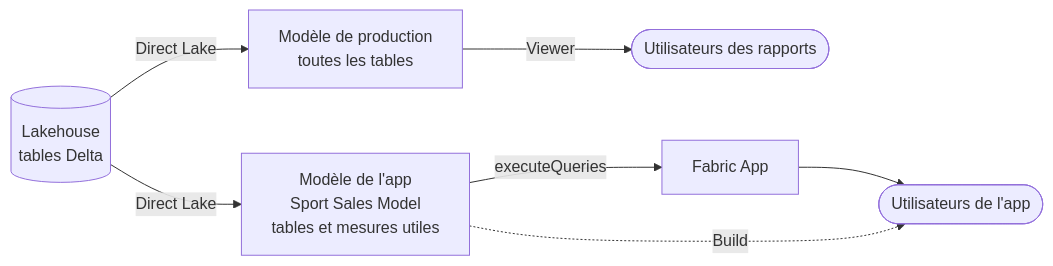
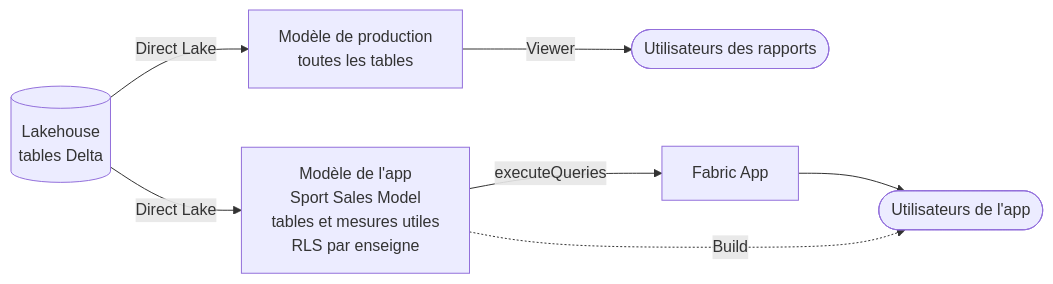
One commit to enzofrancisco1111/sport-sales-fabric-app changed the diagram in README.md. Above: the diagram before and after it, drawn with Mermaid. The commit also changed other lines of this file and 2 other files, not shown here.

First line of the commit message:
RLS dynamique par enseigne

````diff
--- a/README.md
+++ b/README.md
@@ -49,16 +49,16 @@
 ```mermaid
 flowchart LR
     LH[("Lakehouse<br/>tables Delta")]
     PROD["Modèle de production<br/>toutes les tables"]
-    APPM["Modèle de l'app<br/>Sport Sales Model<br/>tables et mesures utiles"]
+    APPM["Modèle de l'app<br/>Sport Sales Model<br/>tables et mesures utiles<br/>RLS par enseigne"]
     APP["Fabric App"]
     U1(["Utilisateurs des rapports"])
     U2(["Utilisateurs de l'app"])
 
     LH -- Direct Lake --> PROD
     LH -- Direct Lake --> APPM
     PROD -- Viewer --> U1
     APPM -- executeQueries --> APP
     APP --> U2
     APPM -. Build .-> U2
 ```
````
